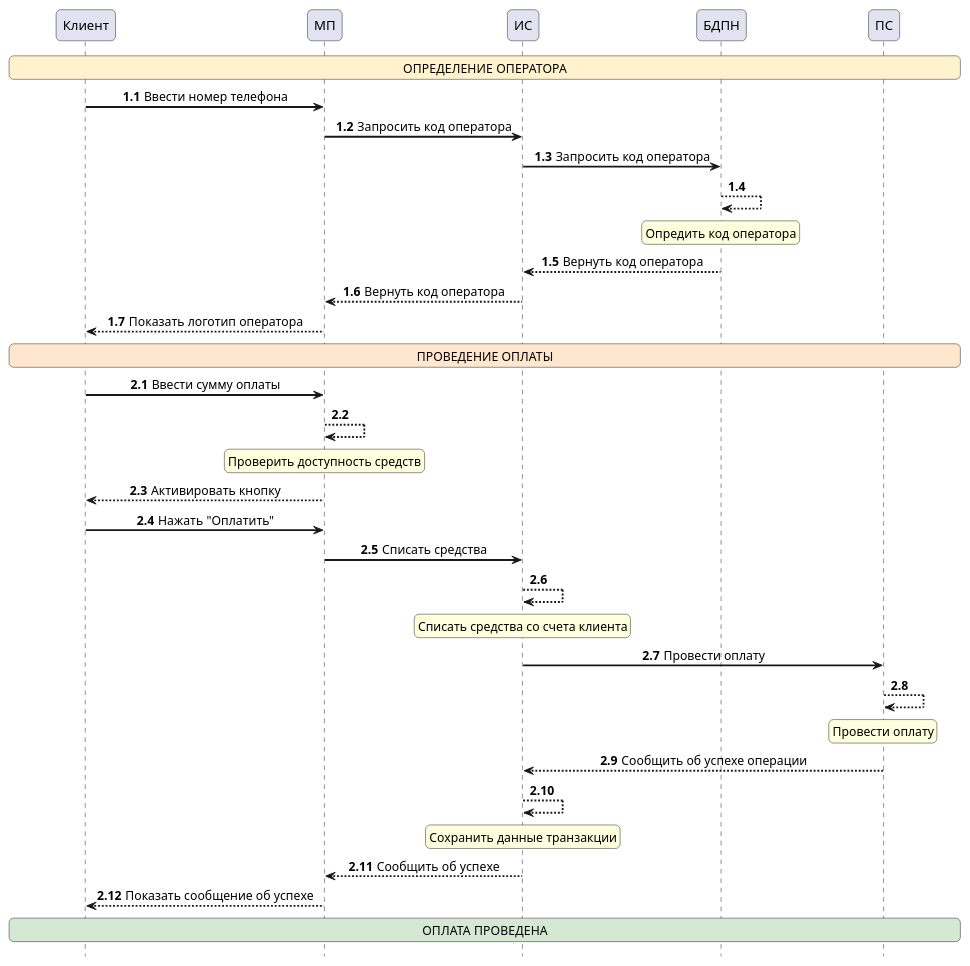
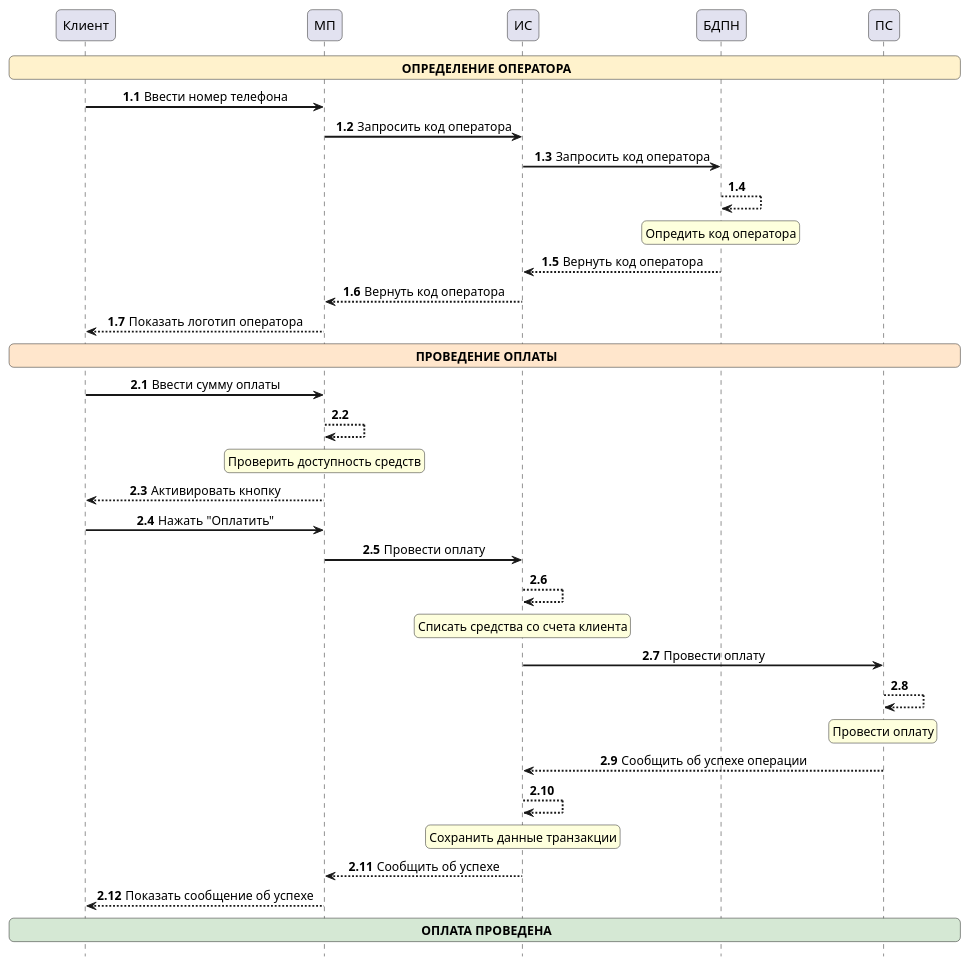
The diagram in Оплата телефона.md (is318/test), drawn with PlantUML before and after one commit. The commit also changed other lines of this file and 1 other file, not shown here.

````diff
--- a/Оплата телефона.md
+++ b/Оплата телефона.md
@@ -64,58 +73,59 @@
 ```PlantUML
 @startuml
 skinparam sequenceMessageAlign center
 skinparam sequenceArrowThickness 2
 skinparam roundcorner 10
 skinparam ParticipantPadding 60
 hide footbox
 
 participant Клиент
 participant МП
 participant ИС
 participant БДПН
 participant ПС
 
 
-rnote across #FFF2CC: ОПРЕДЕЛЕНИЕ ОПЕРАТОРА
+rnote across #FFF2CC: <b> ОПРЕДЕЛЕНИЕ ОПЕРАТОРА
 autonumber 1.1
 Клиент -> МП: Ввести номер телефона
 МП -> ИС: Запросить код оператора
 ИС -> БДПН: Запросить код оператора
 БДПН --> БДПН:
 rnote over БДПН
 Опредить код оператора
 end note
 БДПН --> ИС: Вернуть код оператора
 ИС --> МП: Вернуть код оператора
 МП --> Клиент: Показать логотип оператора
 
-rnote across #FFE6CC: ПРОВЕДЕНИЕ ОПЛАТЫ
+
+rnote across #FFE6CC: <b> ПРОВЕДЕНИЕ ОПЛАТЫ
 autonumber 2.1
 Клиент -> МП: Ввести сумму оплаты
 МП --> МП:
 rnote over МП
 Проверить доступность средств
 end note
 МП --> Клиент: Активировать кнопку
 Клиент -> МП: Нажать "Оплатить"
-МП -> ИС: Списать средства
+МП -> ИС: Провести оплату
 ИС --> ИС:
 rnote over ИС
 Списать средства со счета клиента
 end note
 ИС -> ПС: Провести оплату
 ПС --> ПС:
 rnote over ПС
 Провести оплату
 end note
 ПС --> ИС: Сообщить об успехе операции
 ИС --> ИС:
 rnote over ИС
 Сохранить данные транзакции
 end note
 ИС --> МП: Сообщить об успехе
 МП --> Клиент: Показать сообщение об успехе
-rnote across #D5E8D4: ОПЛАТА ПРОВЕДЕНА
+rnote across #D5E8D4: <b> ОПЛАТА ПРОВЕДЕНА
 
 @enduml
 ```
````
